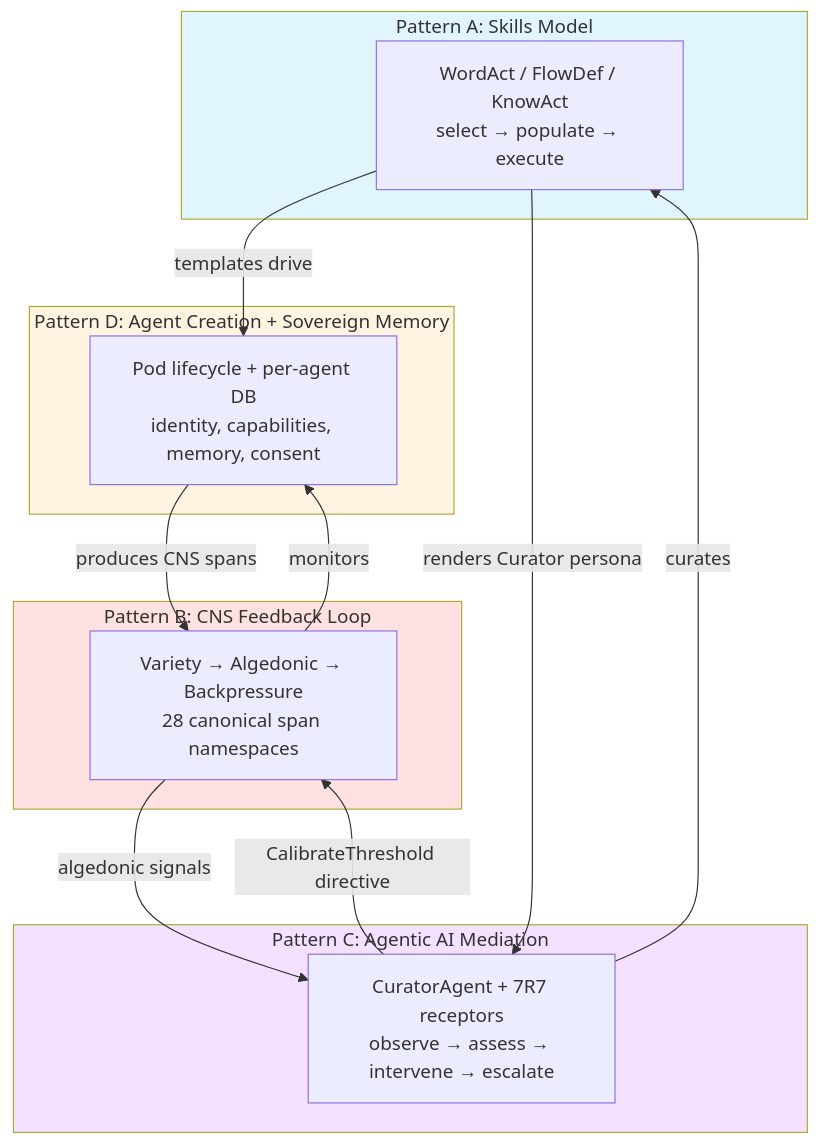
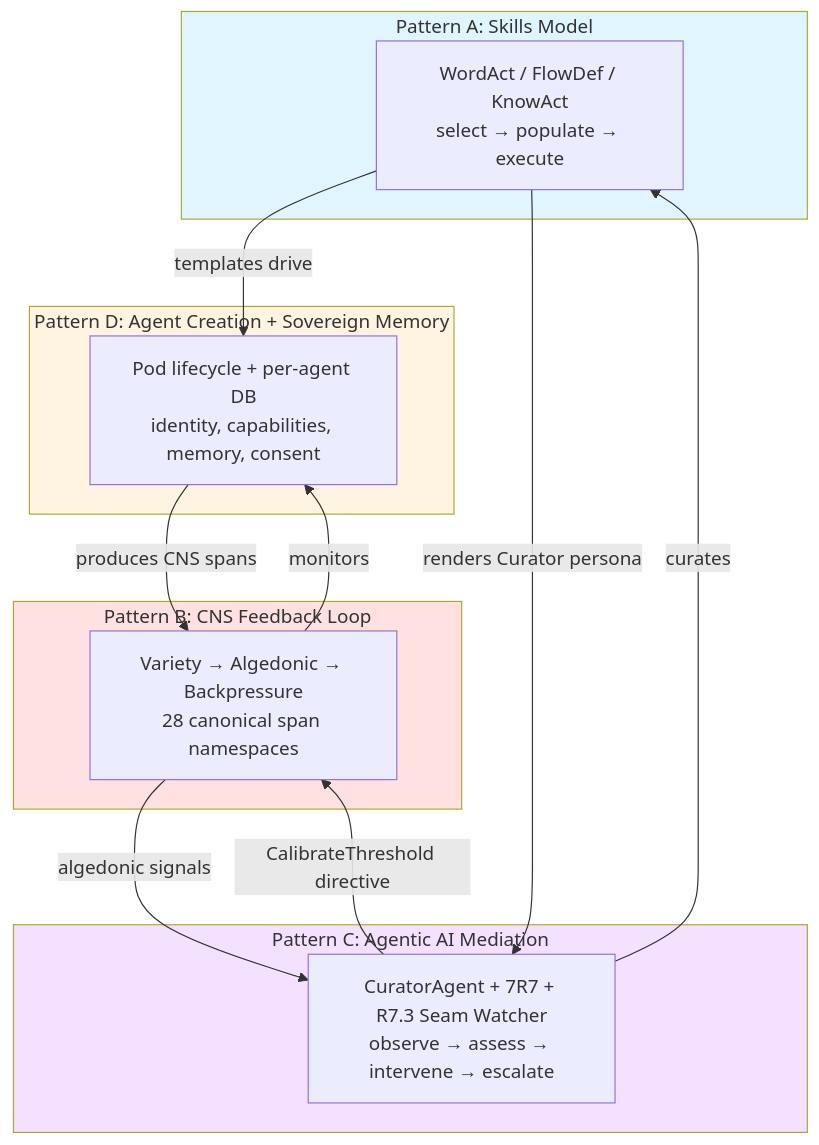
The first of 8 diagrams in docs/architecture/hKask-architecture-master.md (mdz-axo/hKask), drawn with Mermaid before and after one commit. The commit also changed other lines of this file and 10 other files, not shown here.

````diff
--- a/docs/architecture/hKask-architecture-master.md
+++ b/docs/architecture/hKask-architecture-master.md
@@ -336,31 +330,31 @@
 ```mermaid
 graph TD
     subgraph Skills["Pattern A: Skills Model"]
         SK["WordAct / FlowDef / KnowAct<br/>select → populate → execute"]
     end
 
     subgraph CNS["Pattern B: CNS Feedback Loop"]
         CN["Variety → Algedonic → Backpressure\n28 canonical span namespaces"]
     end
 
     subgraph Curator["Pattern C: Agentic AI Mediation"]
-        CU["CuratorAgent + 7R7 receptors<br/>observe → assess → intervene → escalate"]
+        CU["CuratorAgent + 7R7 + R7.3 Seam Watcher<br/>observe → assess → intervene → escalate"]
     end
 
     subgraph Agents["Pattern D: Agent Creation + Sovereign Memory"]
         AG["Pod lifecycle + per-agent DB<br/>identity, capabilities, memory, consent"]
     end
 
     SK -->|"templates drive"| AG
     CN -->|"monitors"| AG
     CN -->|"algedonic signals"| CU
     CU -->|"CalibrateThreshold directive"| CN
     CU -->|"curates"| SK
     AG -->|"produces CNS spans"| CN
     SK -->|"renders Curator persona"| CU
 
     style Skills fill:#e1f5ff
     style CNS fill:#ffe1e1
     style Curator fill:#f3e1ff
     style Agents fill:#fff3e1
 ```
````
